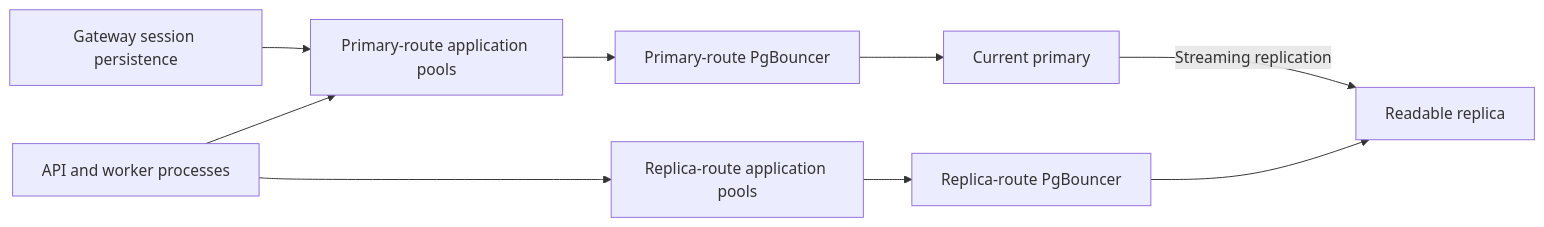
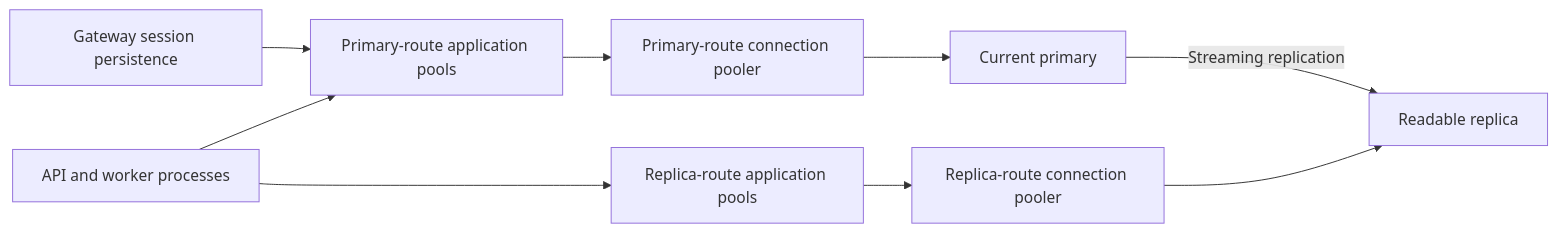
One commit to AFayziev/ev-charging-system-design-lab changed the second of 3 diagrams in docs/architecture.md. Above: the diagram before and after it, drawn with Mermaid. The commit also changed other lines of this file and 16 other files, not shown here.

````diff
--- a/docs/architecture.md
+++ b/docs/architecture.md
@@ -201,11 +201,11 @@
 ```mermaid
 flowchart LR
     Gateway[Gateway session persistence] --> WP[Primary-route application pools]
     Apps[API and worker processes] --> WP
     Apps --> RP[Replica-route application pools]
-    WP --> PB[Primary-route PgBouncer]
-    RP --> RB[Replica-route PgBouncer]
+    WP --> PB[Primary-route connection pooler]
+    RP --> RB[Replica-route connection pooler]
     PB --> P[Current primary]
     RB --> R[Readable replica]
     P -->|Streaming replication| R
 ```
````
